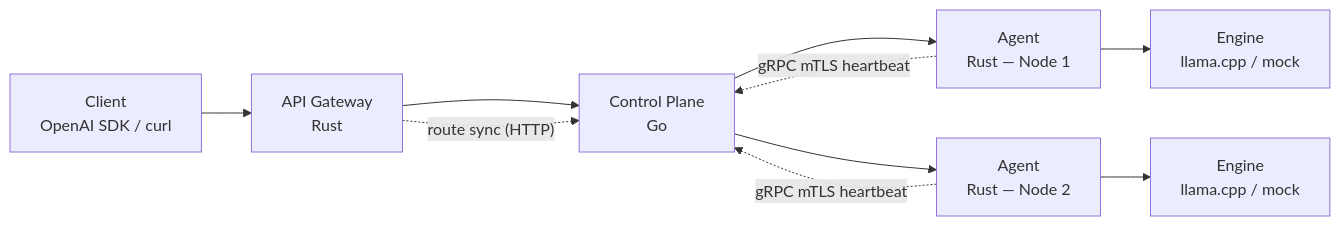
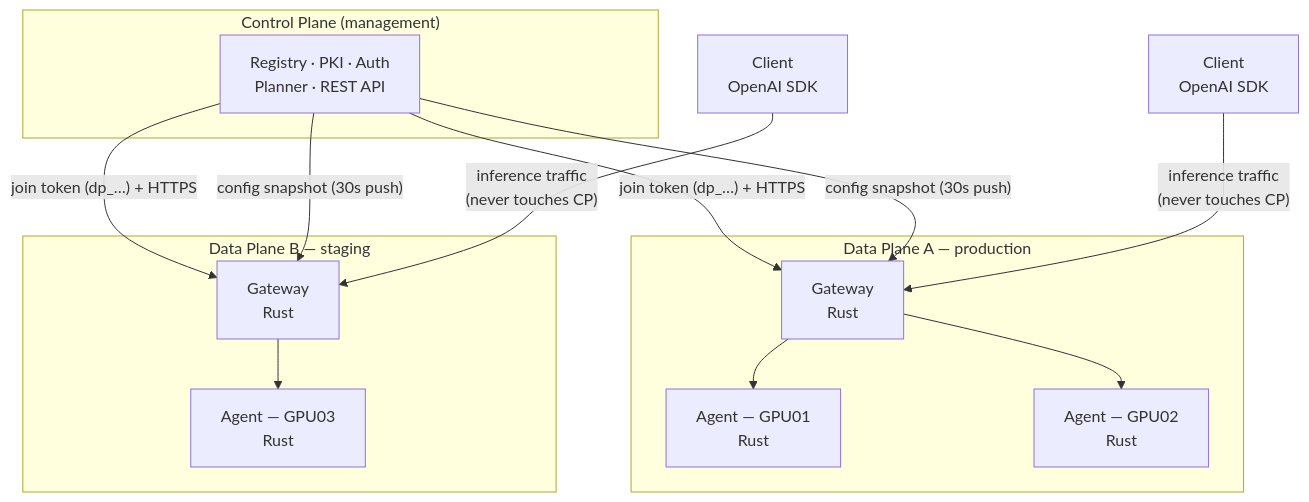
Before and after one commit to andrew19881123/purser: the first of 4 diagrams in website/docs/getting-started/architecture.md, drawn with Mermaid. The commit also changed other lines of this file and 1 other file, not shown here.

First line of the commit message:
docs: fix backup-restore for PostgreSQL + update architecture with DP diagrams

````diff
--- a/website/docs/getting-started/architecture.md
+++ b/website/docs/getting-started/architecture.md
@@ -10,12 +10,28 @@
 ```mermaid
-graph LR
-    Client["Client\nOpenAI SDK / curl"] --> GW["API Gateway\nRust"]
-    GW --> CP["Control Plane\nGo"]
-    CP --> A1["Agent\nRust — Node 1"]
-    CP --> A2["Agent\nRust — Node 2"]
-    A1 --> E1["Engine\nllama.cpp / mock"]
-    A2 --> E2["Engine\nllama.cpp / mock"]
-    GW -. "route sync (HTTP)" .-> CP
-    A1 -. "gRPC mTLS heartbeat" .-> CP
-    A2 -. "gRPC mTLS heartbeat" .-> CP
+graph TB
+    subgraph CP ["Control Plane (management)"]
+        Registry["Registry · PKI · Auth\nPlanner · REST API"]
+    end
+
+    subgraph DPA ["Data Plane A — production"]
+        GWA["Gateway\nRust"]
+        A1["Agent — GPU01\nRust"]
+        A2["Agent — GPU02\nRust"]
+        GWA --> A1
+        GWA --> A2
+    end
+
+    subgraph DPB ["Data Plane B — staging"]
+        GWB["Gateway\nRust"]
+        A3["Agent — GPU03\nRust"]
+        GWB --> A3
+    end
+
+    Registry -- "join token (dp_…) + HTTPS" --> GWA
+    Registry -- "config snapshot (30s push)" --> GWA
+    Registry -- "join token (dp_…) + HTTPS" --> GWB
+    Registry -- "config snapshot (30s push)" --> GWB
+
+    Client1["Client\nOpenAI SDK"] -- "inference traffic\n(never touches CP)" --> GWA
+    Client2["Client\nOpenAI SDK"] -- "inference traffic\n(never touches CP)" --> GWB
 ```
````
